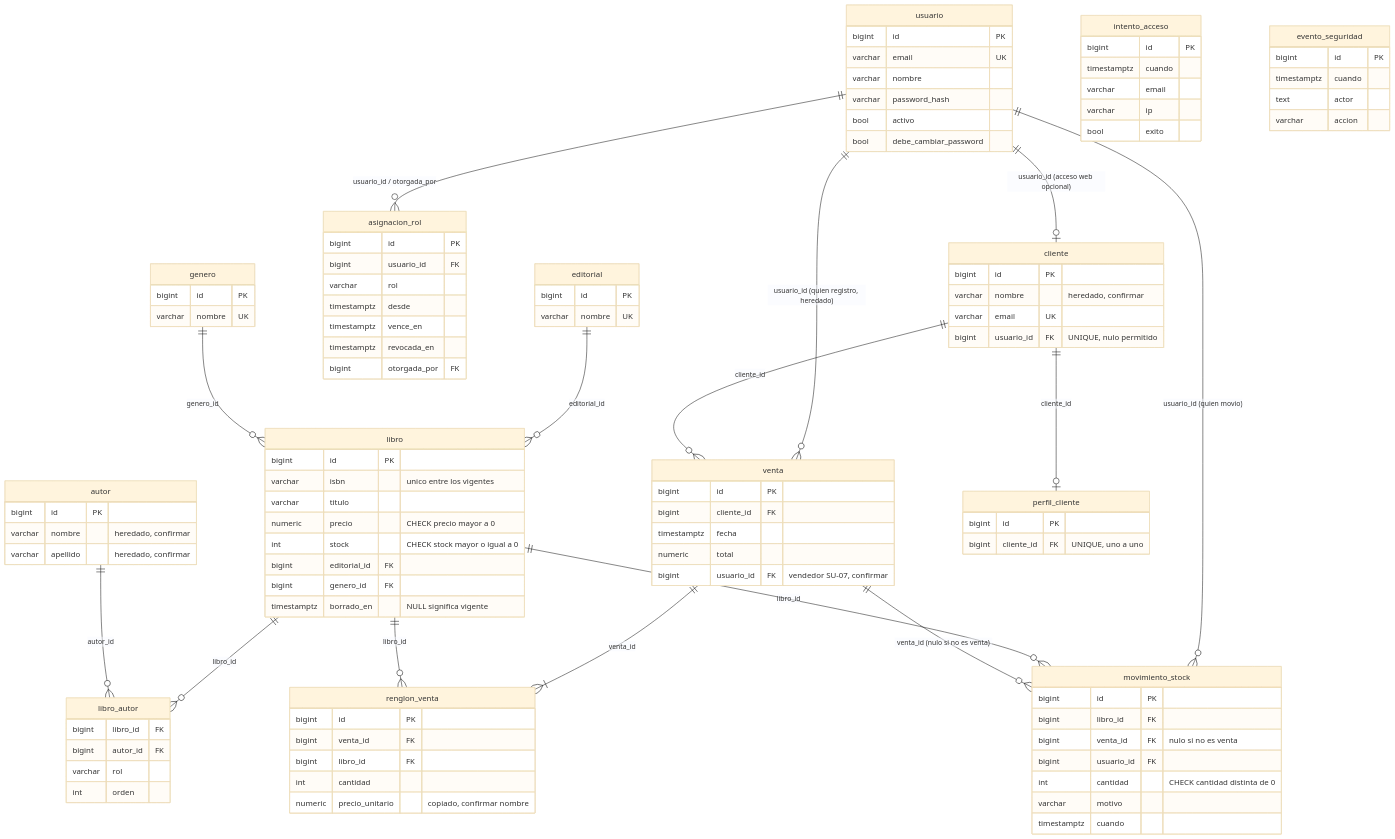
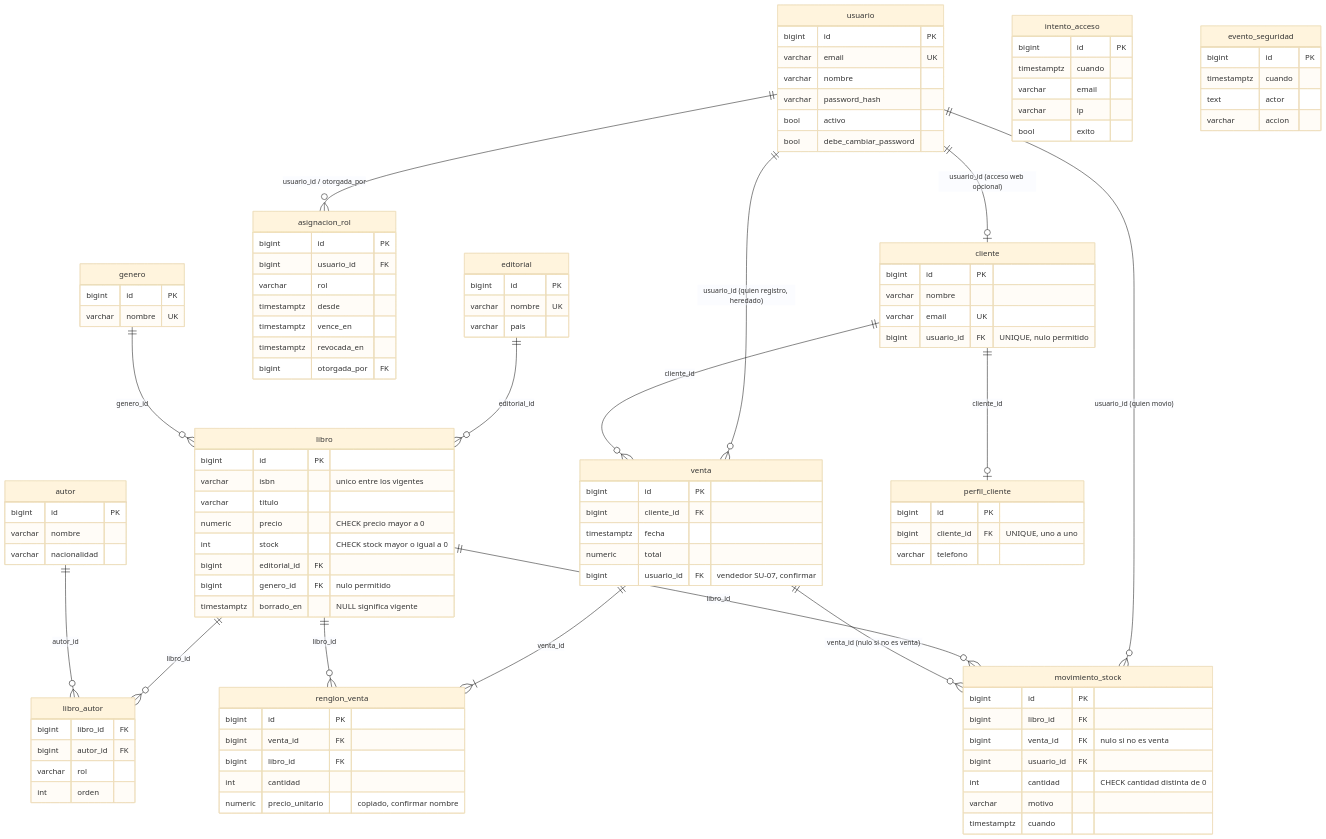
The diagram in knowledge-base/04_modelo_de_datos.md (AgustinContardi/Trabajo_Segundo_Parcial_Programacion_3), drawn with Mermaid (base theme) before and after one commit. The commit also changed other lines of this file and 123 other files, not shown here.

```diff
--- a/knowledge-base/04_modelo_de_datos.md
+++ b/knowledge-base/04_modelo_de_datos.md
@@ -69,6 +69,7 @@
     editorial {
         bigint id PK
         varchar nombre UK
+        varchar pais
     }
     genero {
         bigint id PK
@@ -76,8 +77,8 @@
     }
     autor {
         bigint id PK
-        varchar nombre "heredado, confirmar"
-        varchar apellido "heredado, confirmar"
+        varchar nombre
+        varchar nacionalidad
     }
     libro {
         bigint id PK
@@ -86,7 +87,7 @@
         numeric precio "CHECK precio mayor a 0"
         int stock "CHECK stock mayor o igual a 0"
         bigint editorial_id FK
-        bigint genero_id FK
+        bigint genero_id FK "nulo permitido"
         timestamptz borrado_en "NULL significa vigente"
     }
     libro_autor {
@@ -97,13 +98,14 @@
     }
     cliente {
         bigint id PK
-        varchar nombre "heredado, confirmar"
+        varchar nombre
         varchar email UK
         bigint usuario_id FK "UNIQUE, nulo permitido"
     }
     perfil_cliente {
         bigint id PK
         bigint cliente_id FK "UNIQUE, uno a uno"
+        varchar telefono
     }
     venta {
         bigint id PK
```
